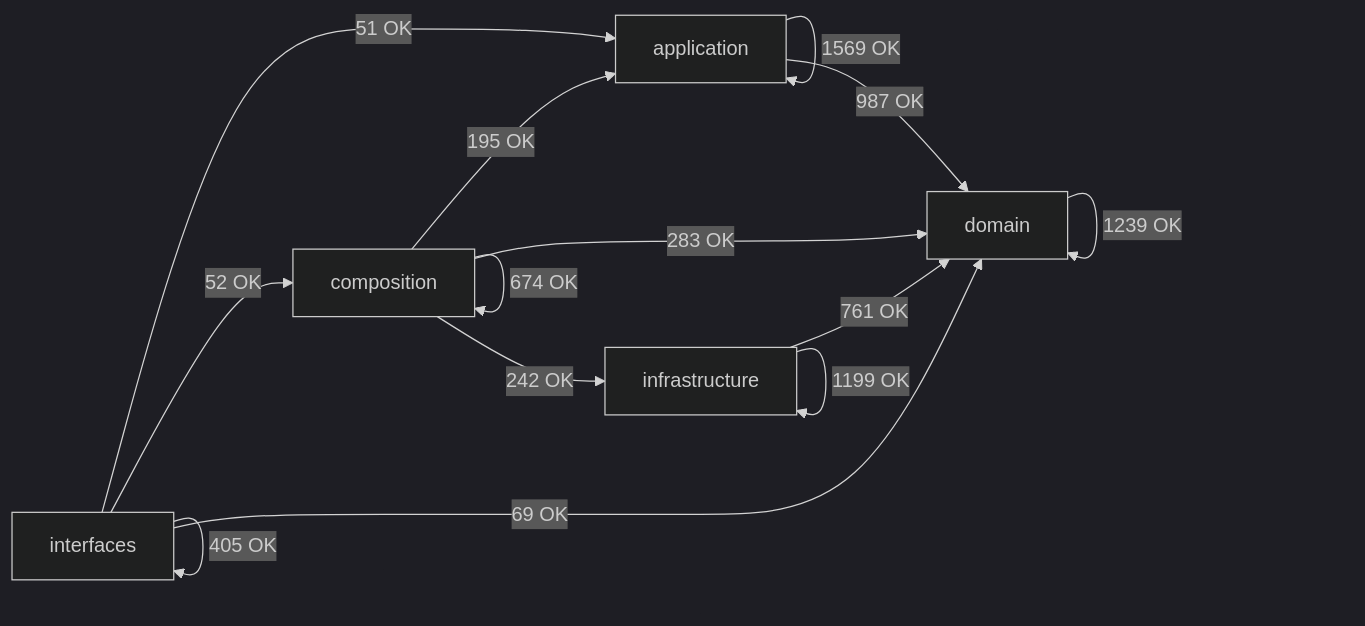
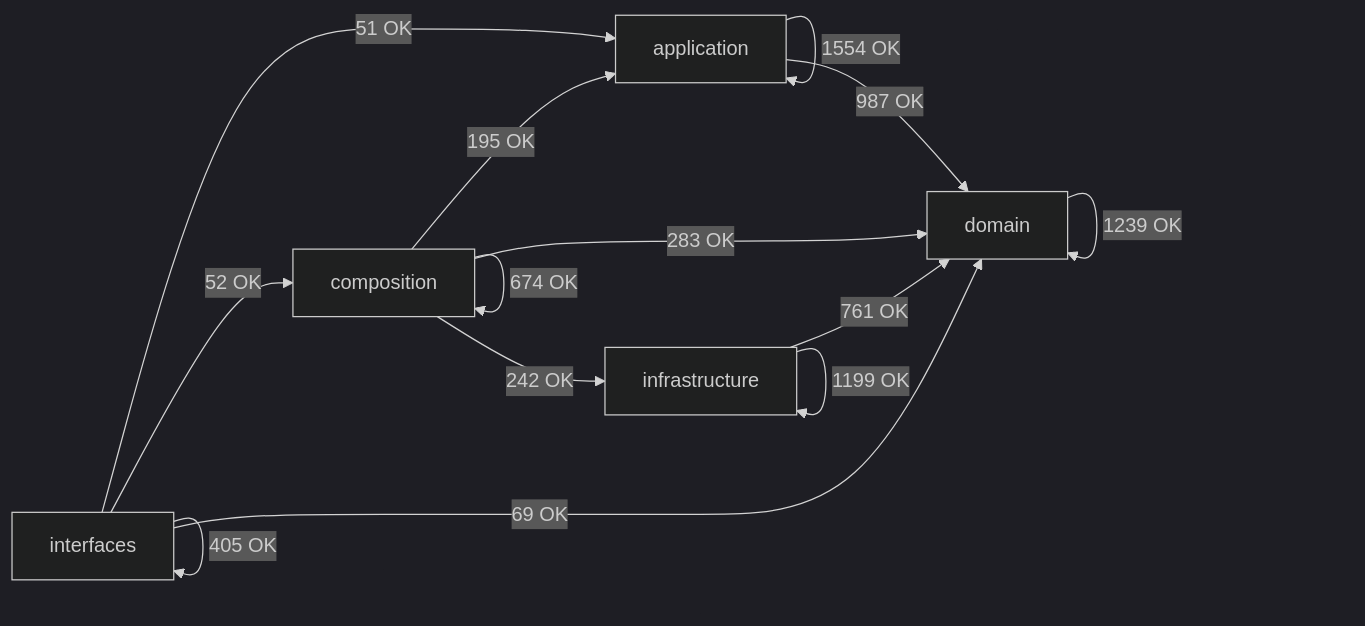
The diagram in docs/02-architecture/generated/module-dependency-map.md (SatoryKono/BioactivityDataAcquisition), drawn with Mermaid (dark theme) before and after one commit. The commit also changed other lines of this file and 2 other files, not shown here.

````diff
--- a/docs/02-architecture/generated/module-dependency-map.md
+++ b/docs/02-architecture/generated/module-dependency-map.md
@@ -17,21 +17,21 @@
 ```mermaid
 flowchart LR
     domain[domain]
     application[application]
     infrastructure[infrastructure]
     composition[composition]
     interfaces[interfaces]
-    application -->|1569 OK| application
+    application -->|1554 OK| application
     application -->|987 OK| domain
     composition -->|195 OK| application
     composition -->|674 OK| composition
     composition -->|283 OK| domain
     composition -->|242 OK| infrastructure
     domain -->|1239 OK| domain
     infrastructure -->|761 OK| domain
     infrastructure -->|1199 OK| infrastructure
     interfaces -->|51 OK| application
     interfaces -->|52 OK| composition
     interfaces -->|69 OK| domain
     interfaces -->|405 OK| interfaces
 ```
````
